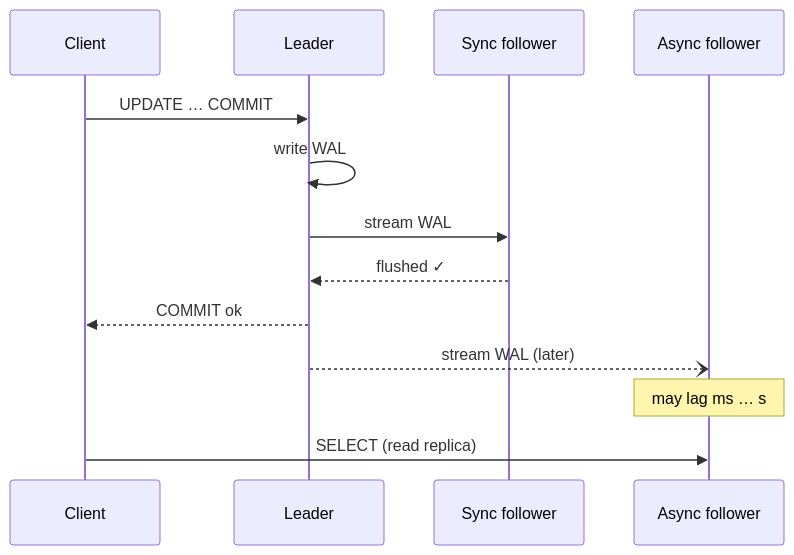
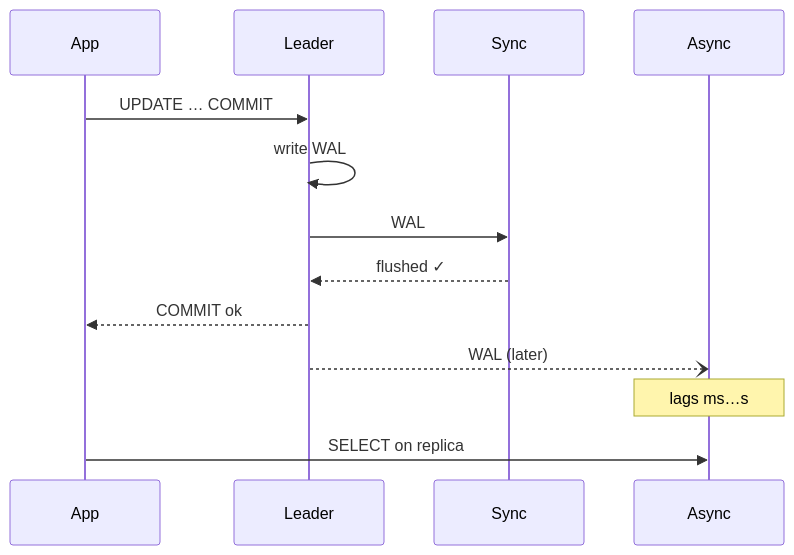
The diagram in src/content/topics/databases/replication/diagrams/leader-follower.mmd (dhaval-76/engineering-field-guide), drawn with Mermaid before and after one commit. The commit also changed 87 other files, not shown here.

Commit message:
Databases: diagrams redrawn for phones; store choice as a decision guide; narrower sequence actors

```diff
--- a/src/content/topics/databases/replication/diagrams/leader-follower.mmd
+++ b/src/content/topics/databases/replication/diagrams/leader-follower.mmd
@@ -1,13 +1,13 @@
 sequenceDiagram
-  participant C as Client
+  participant C as App
   participant L as Leader
-  participant S as Sync follower
-  participant A as Async follower
+  participant S as Sync
+  participant A as Async
   C->>L: UPDATE … COMMIT
   L->>L: write WAL
-  L->>S: stream WAL
+  L->>S: WAL
   S-->>L: flushed ✓
   L-->>C: COMMIT ok
-  L--)A: stream WAL (later)
-  Note over A: may lag ms … s
-  C->>A: SELECT (read replica)
+  L--)A: WAL (later)
+  Note over A: lags ms…s
+  C->>A: SELECT on replica
```
